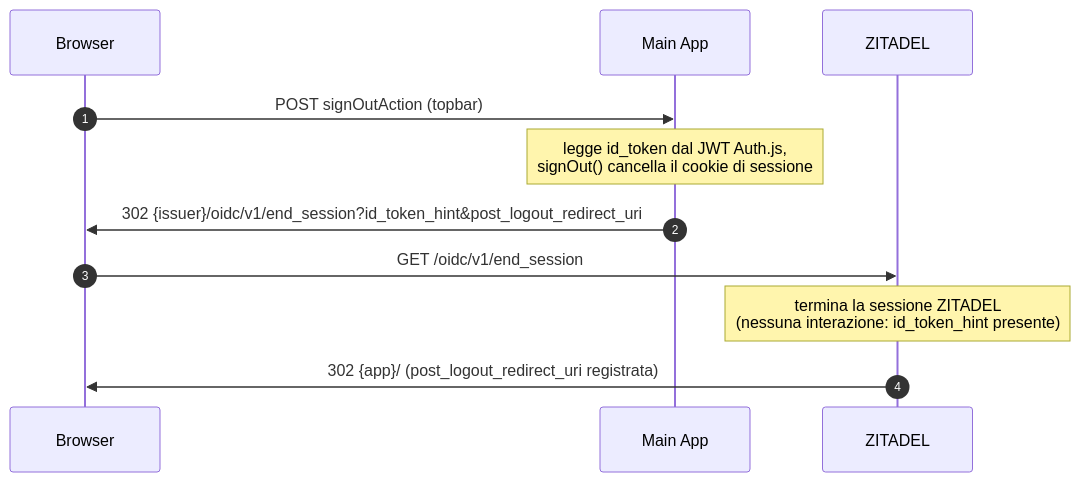
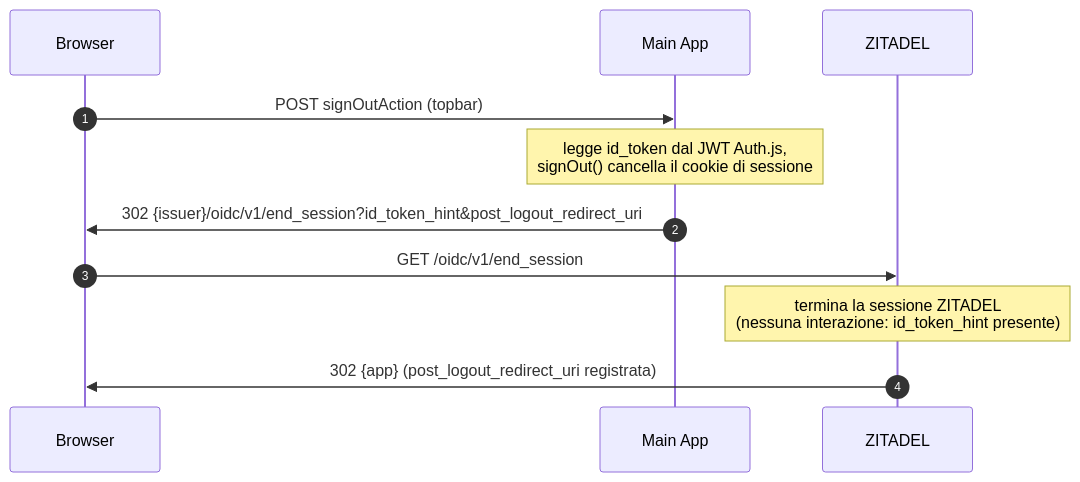
One commit to fortunato-deangelis/gausio changed the sixth of 6 diagrams in docs/AUTH_FLOW.md. Above: the diagram before and after it, drawn with Mermaid. The commit also changed 8 other files, not shown here.

Commit message:
fix: adds redirect protection and logout redirect

````diff
--- a/docs/AUTH_FLOW.md
+++ b/docs/AUTH_FLOW.md
@@ -178,14 +178,14 @@
 ```mermaid
 sequenceDiagram
   autonumber
   participant B as Browser
   participant App as Main App
   participant Z as ZITADEL
 
   B->>App: POST signOutAction (topbar)
   Note over App: legge id_token dal JWT Auth.js,<br/>signOut() cancella il cookie di sessione
   App->>B: 302 {issuer}/oidc/v1/end_session?id_token_hint&post_logout_redirect_uri
   B->>Z: GET /oidc/v1/end_session
   Note over Z: termina la sessione ZITADEL<br/>(nessuna interazione: id_token_hint presente)
-  Z->>B: 302 {app}/ (post_logout_redirect_uri registrata)
+  Z->>B: 302 {app} (post_logout_redirect_uri registrata)
 ```
````
